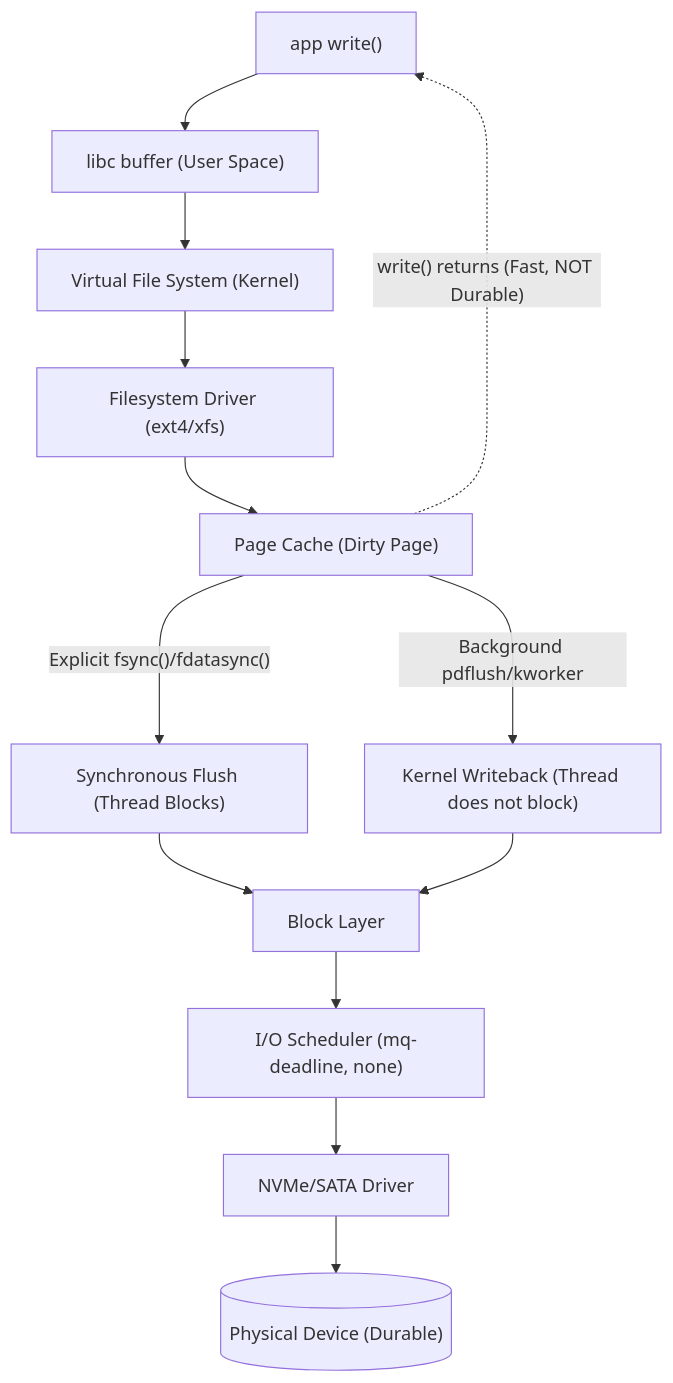
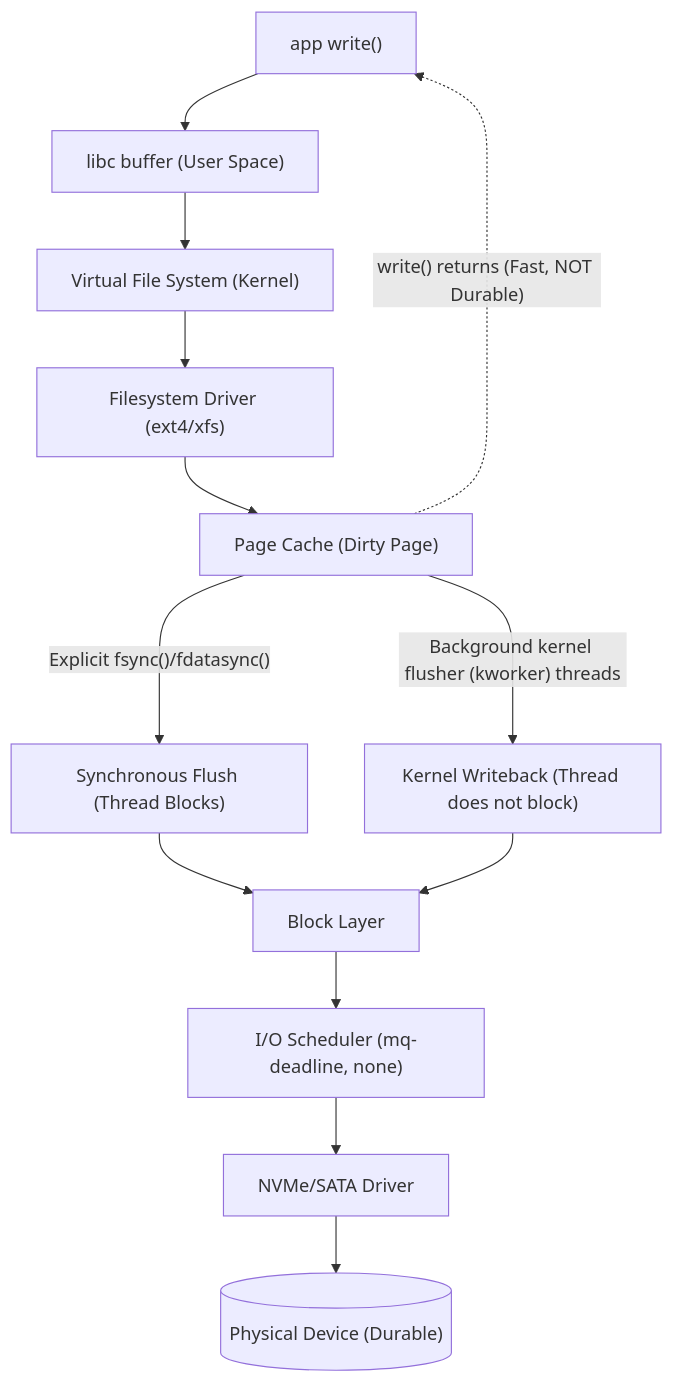
The seventh of 8 diagrams in docs/volume-01/02-linux-storage-io-masterclass.md (jithinpnjm/nvidia-devops), drawn with Mermaid before and after one commit. The commit also changed other lines of this file and 289 other files, not shown here.

````diff
--- a/docs/volume-01/02-linux-storage-io-masterclass.md
+++ b/docs/volume-01/02-linux-storage-io-masterclass.md
@@ -408,19 +414,19 @@
 ```mermaid
 flowchart TD
     App["app write()"] --> Libc["libc buffer (User Space)"]
     Libc --> VFS["Virtual File System (Kernel)"]
     VFS --> FS["Filesystem Driver (ext4/xfs)"]
     FS --> Cache["Page Cache (Dirty Page)"]
     
     Cache -. "write() returns (Fast, NOT Durable)" .-> App
     
     Cache -- "Explicit fsync()/fdatasync()" ---> Sync["Synchronous Flush (Thread Blocks)"]
-    Cache -- "Background pdflush/kworker" ---> Async["Kernel Writeback (Thread does not block)"]
+    Cache -- "Background kernel flusher (kworker) threads" ---> Async["Kernel Writeback (Thread does not block)"]
     
     Sync --> Block["Block Layer"]
     Async --> Block
     
     Block --> Scheduler["I/O Scheduler (mq-deadline, none)"]
     Scheduler --> Driver["NVMe/SATA Driver"]
     Driver --> Device[("Physical Device (Durable)")]
 ```
````
